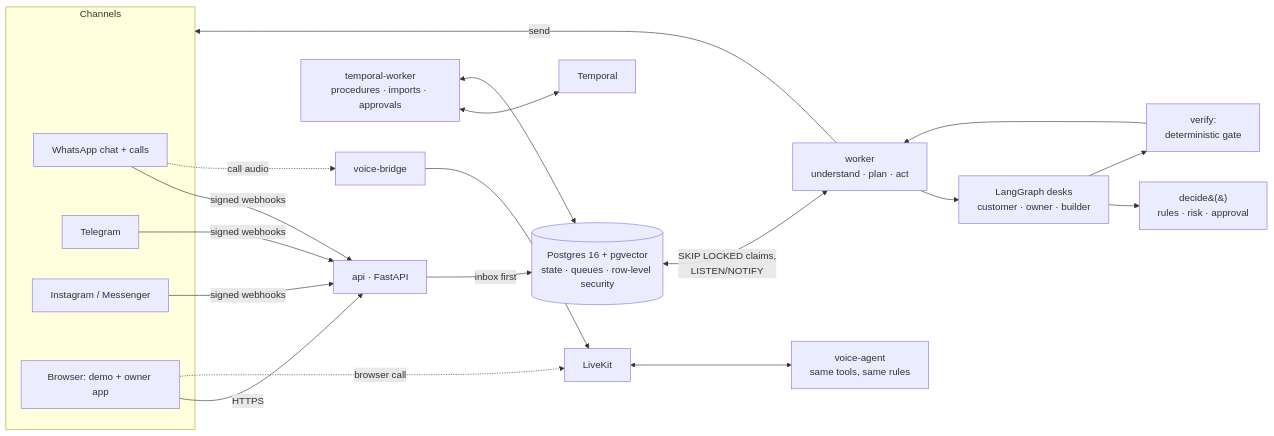
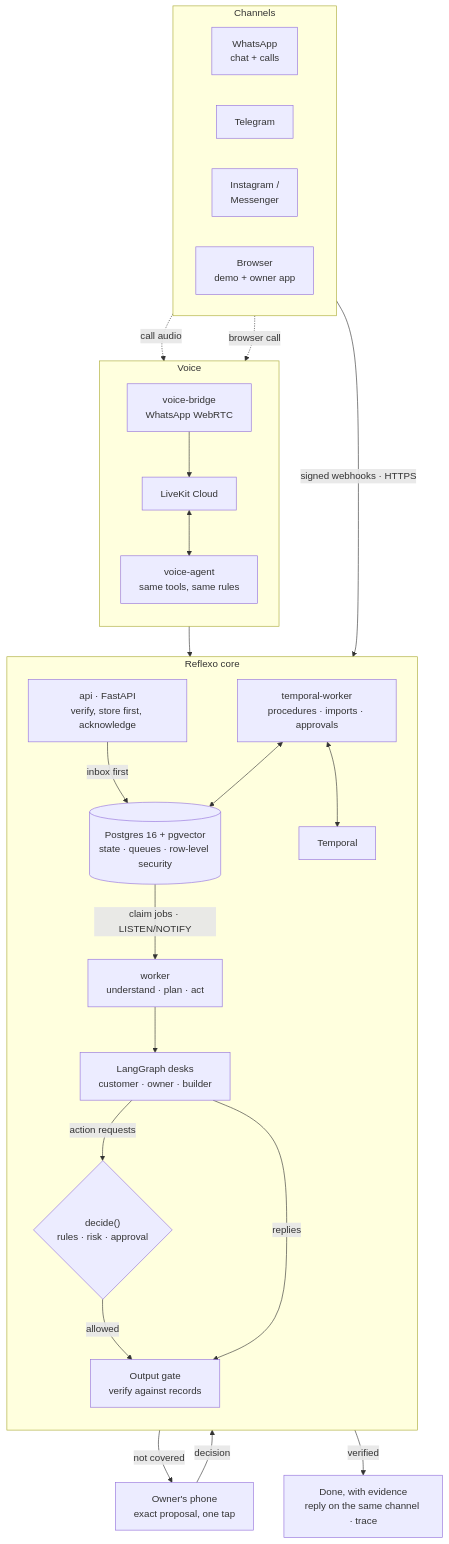
The fourth of 4 diagrams in README.md (taha-sadikot-m/Reflexo.holoncode.in), drawn with Mermaid before and after one commit. The commit also changed other lines of this file and 2 other files, not shown here.

Commit message:
Docs: voice-and-chat and automation sections; clearer, validated diagrams

````diff
--- a/README.md
+++ b/README.md
@@ -205,23 +281,46 @@
 ```mermaid
-flowchart LR
-    subgraph Channels
-      WA[WhatsApp chat + calls]
-      TG[Telegram]
-      IG[Instagram / Messenger]
-      WEB[Browser: demo + owner app]
+flowchart TB
+    subgraph CH["Channels"]
+        direction LR
+        WA["WhatsApp<br/>chat + calls"]
+        TG["Telegram"]
+        IG["Instagram /<br/>Messenger"]
+        WEB["Browser<br/>demo + owner app"]
     end
-    WA & TG & IG -->|signed webhooks| API
-    WEB -->|HTTPS| API
-    API[api · FastAPI] -->|inbox first| PG[(Postgres 16 + pgvector<br/>state · queues · row-level security)]
-    PG <-->|SKIP LOCKED claims,<br/>LISTEN/NOTIFY| W[worker<br/>understand · plan · act]
-    W --> DESK[LangGraph desks<br/>customer · owner · builder]
-    DESK --> DEC[decide&#40;&#41;<br/>rules · risk · approval]
-    DESK --> GATE[verify:<br/>deterministic gate]
-    GATE --> W
-    W -->|send| Channels
-    TW[temporal-worker<br/>procedures · imports · approvals] <--> T[Temporal]
+    subgraph CORE["Reflexo core"]
+        direction TB
+        API["api · FastAPI<br/>verify, store first, acknowledge"]
+        PG[("Postgres 16 + pgvector<br/>state · queues · row-level security")]
+        W["worker<br/>understand · plan · act"]
+        DESK["LangGraph desks<br/>customer · owner · builder"]
+        DEC{"decide()<br/>rules · risk · approval"}
+        GATE["Output gate<br/>verify against records"]
+        TW["temporal-worker<br/>procedures · imports · approvals"]
+        T["Temporal"]
+    end
+    subgraph VOICE["Voice"]
+        direction TB
+        BR["voice-bridge<br/>WhatsApp WebRTC"]
+        LK["LiveKit Cloud"]
+        VA["voice-agent<br/>same tools, same rules"]
+    end
+    OWN["Owner's phone<br/>exact proposal, one tap"]
+    OUT["Done, with evidence<br/>reply on the same channel · trace"]
+    CH -- "signed webhooks · HTTPS" --> API
+    API -- "inbox first" --> PG
+    PG -- "claim jobs · LISTEN/NOTIFY" --> W
+    W --> DESK
+    DESK -- "action requests" --> DEC
+    DEC -- "not covered" --> OWN
+    OWN -- "decision" --> DEC
+    DEC -- "allowed" --> GATE
+    DESK -- "replies" --> GATE
+    GATE -- "verified" --> OUT
     TW <--> PG
-    WA -. call audio .-> BR[voice-bridge] --> LK[LiveKit]
-    WEB -. browser call .-> LK
-    LK <--> VA[voice-agent<br/>same tools, same rules]
+    TW <--> T
+    WA -. "call audio" .-> BR
+    WEB -. "browser call" .-> LK
+    BR --> LK
+    LK <--> VA
+    VA --> PG
 ```
````
